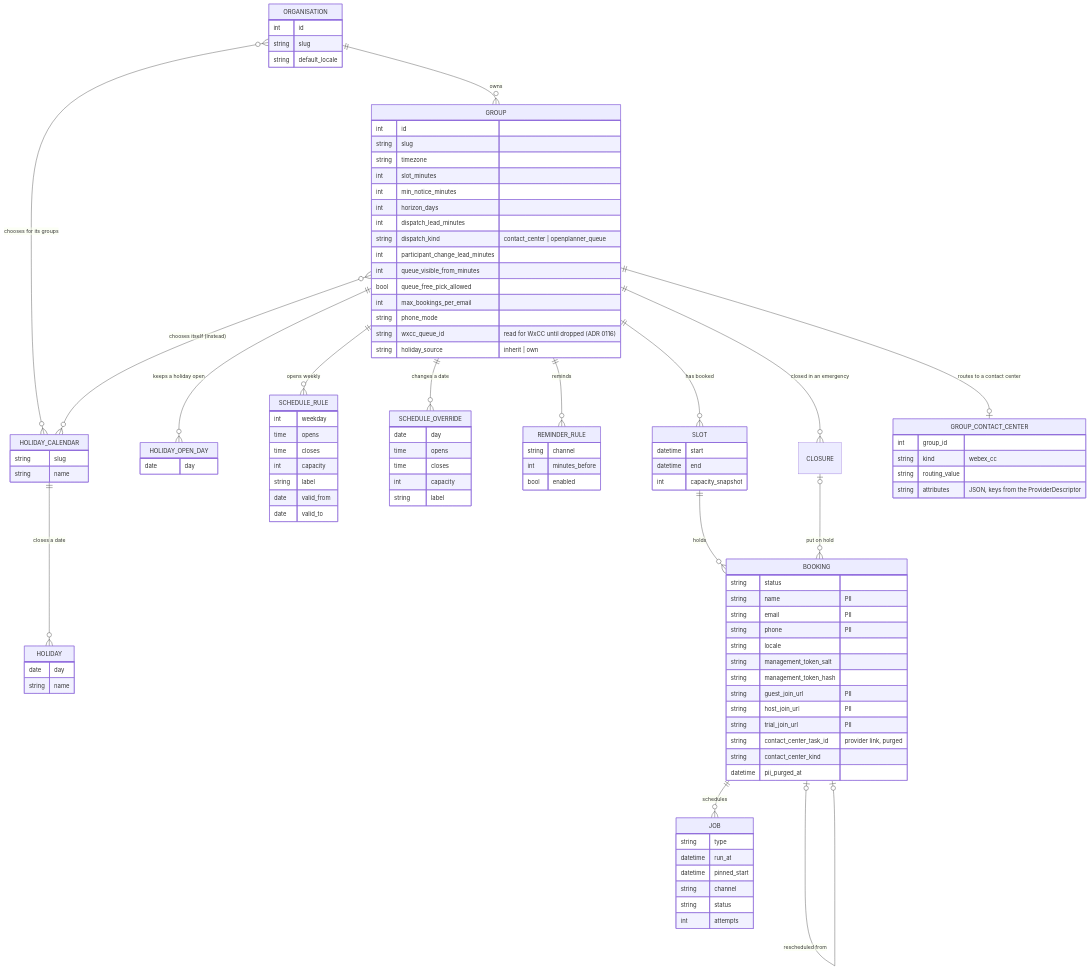
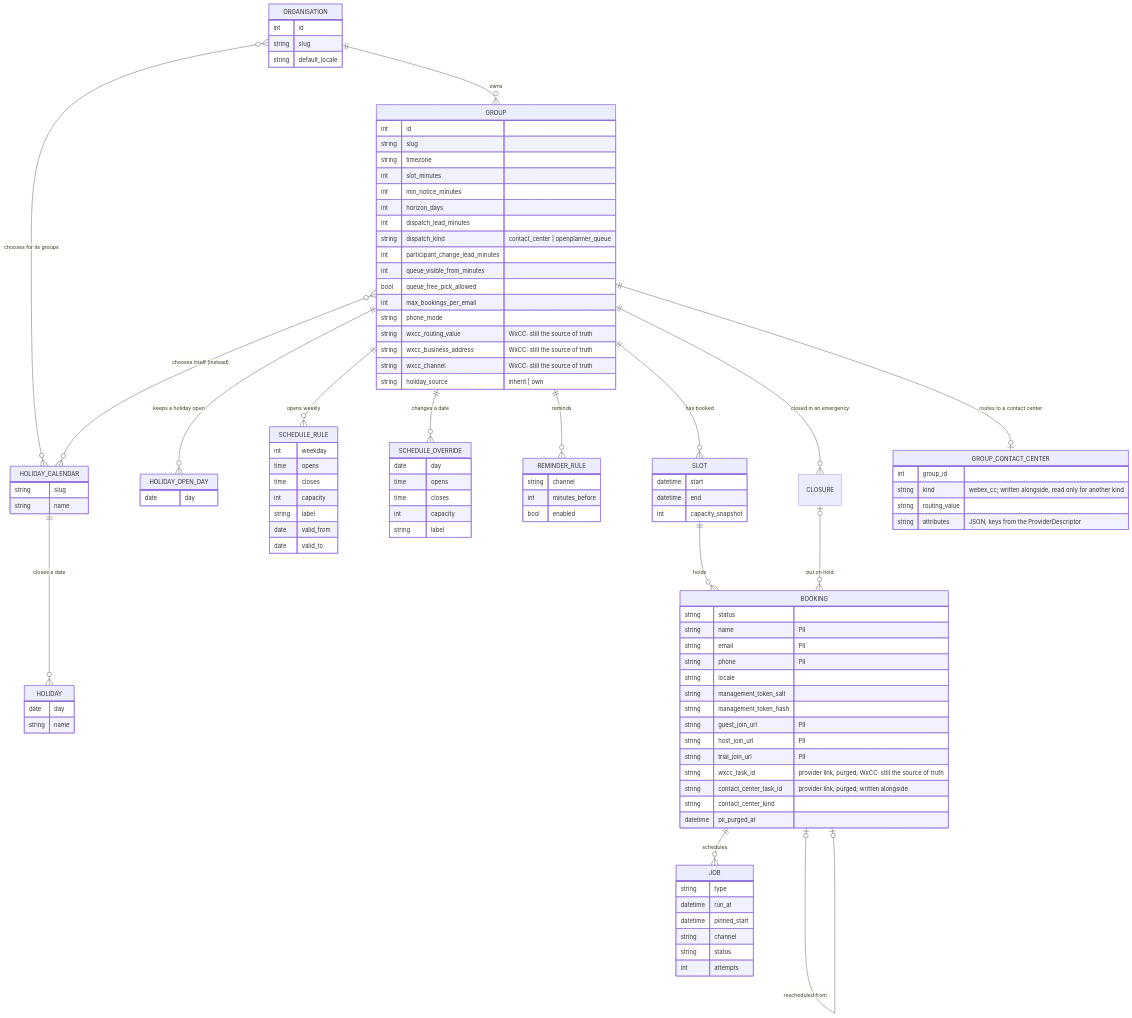
Before and after one commit to 3Corners-Labs/OpenPlanner: the fifth of 18 diagrams in docs/architecture.md, drawn with Mermaid. The commit also changed other lines of this file and 8 other files, not shown here.

Commit message:
docs(contact-center): review fixes for the CC-5 docs

```diff
--- a/docs/architecture.md
+++ b/docs/architecture.md
@@ -403,12 +408,14 @@
         bool queue_free_pick_allowed
         int max_bookings_per_email
         string phone_mode
-        string wxcc_queue_id "read for WxCC until dropped (ADR 0116)"
+        string wxcc_routing_value "WxCC: still the source of truth"
+        string wxcc_business_address "WxCC: still the source of truth"
+        string wxcc_channel "WxCC: still the source of truth"
         string holiday_source "inherit | own"
     }
     GROUP_CONTACT_CENTER {
         int group_id
-        string kind "webex_cc"
+        string kind "webex_cc; written alongside, read only for another kind"
         string routing_value
         string attributes "JSON, keys from the ProviderDescriptor"
     }
@@ -460,7 +467,8 @@
         string guest_join_url "PII"
         string host_join_url "PII"
         string trial_join_url "PII"
-        string contact_center_task_id "provider link, purged"
+        string wxcc_task_id "provider link, purged; WxCC: still the source of truth"
+        string contact_center_task_id "provider link, purged; written alongside"
         string contact_center_kind
         datetime pii_purged_at
     }
```
